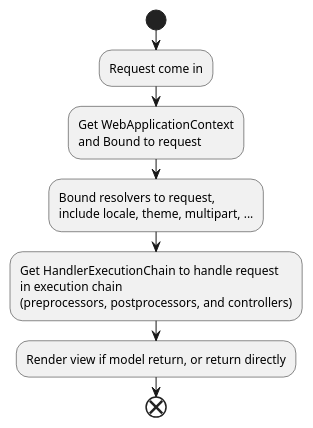
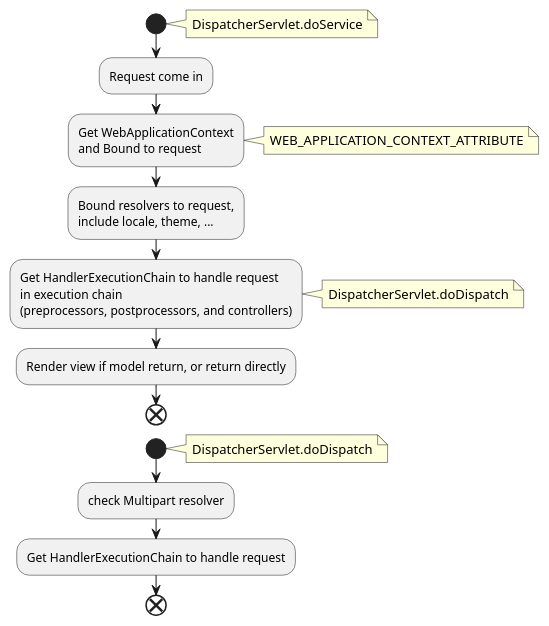
One commit to xiayy860612/spring-lab changed the diagram in spring-mvc/doc/DispatcherServlet-workflow.puml. Above: the diagram before and after it, drawn with PlantUML. The commit also changed 1 other file, not shown here.

```diff
--- a/spring-mvc/doc/DispatcherServlet-workflow.puml
+++ b/spring-mvc/doc/DispatcherServlet-workflow.puml
@@ -1,15 +1,40 @@
 @startuml "DispatchServlet Workflow"
 
 start
+note right
+DispatcherServlet.doService
+end note
+
 :Request come in;
+
 :Get WebApplicationContext
 and Bound to request;
+note right
+WEB_APPLICATION_CONTEXT_ATTRIBUTE
+end note
+
 :Bound resolvers to request,
-include locale, theme, multipart, ...;
+include locale, theme, ...;
+
 :Get HandlerExecutionChain to handle request
 in execution chain
 (preprocessors, postprocessors, and controllers);
+note right
+DispatcherServlet.doDispatch
+end note
+
 :Render view if model return, or return directly;
 end
 
+start
+note right
+DispatcherServlet.doDispatch
+end note
+
+:check Multipart resolver;
+:Get HandlerExecutionChain to handle request;
+
+
+end
+
 @enduml
```
